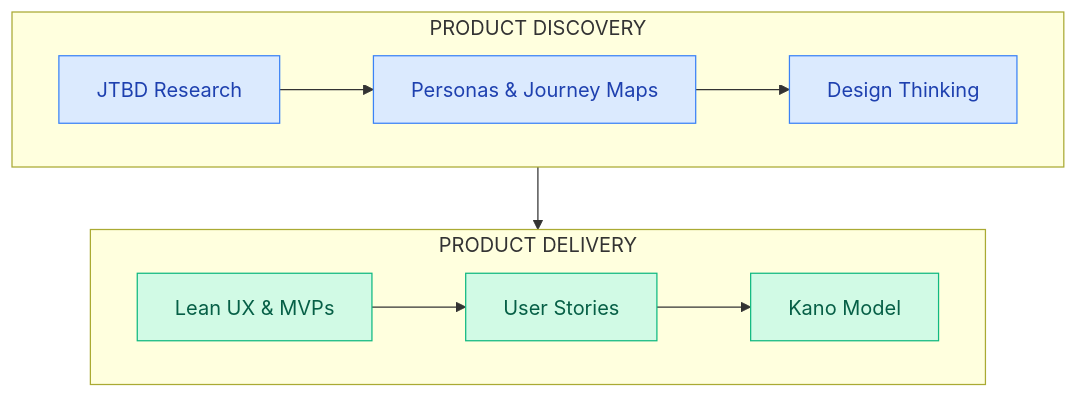
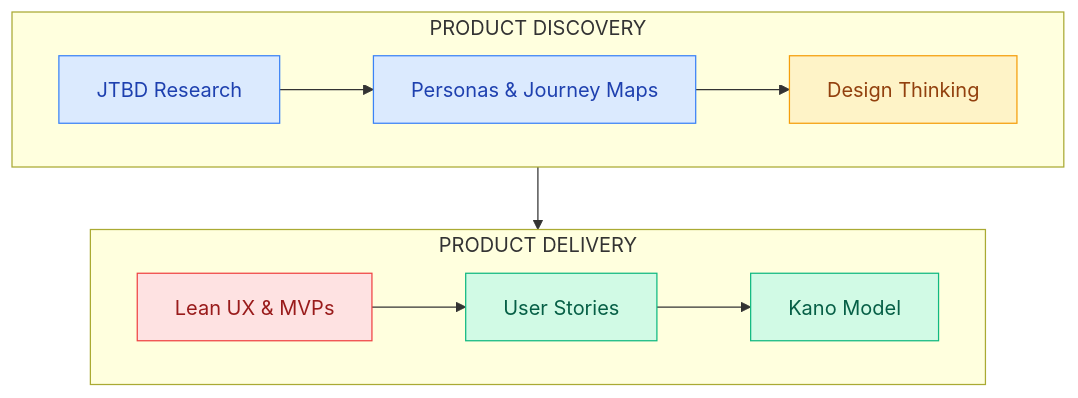
The diagram in docs/product-design/README.md (smileynet/ui-optimizer), drawn with Mermaid before and after one commit. The commit also changed 2 other files, not shown here.

Commit message:
fix: diagram improvements - semantic colors and D2 inline styles
- Product-design: apply correct semantic colors per node type
  (research=blue, design=amber, validate=red, complete=green)
- Style-guide: fix Mermaid syntax error by renaming reserved 'error' class
  and avoiding problematic single-letter node IDs
- D2 diagrams: convert class-based styling to inline styles
  (D2 v0.7.1 classes don't work with mkdocs-d2-plugin)
- Update style-guide docs to recommend inline styles for D2

````diff
--- a/docs/product-design/README.md
+++ b/docs/product-design/README.md
@@ -32,26 +32,30 @@
 ```mermaid
 flowchart TB
-    classDef discovery fill:#DBEAFE,stroke:#3B82F6,color:#1E40AF
-    classDef delivery fill:#D1FAE5,stroke:#10B981,color:#065F46
+    classDef research fill:#DBEAFE,stroke:#3B82F6,color:#1E40AF
+    classDef design fill:#FEF3C7,stroke:#F59E0B,color:#92400E
+    classDef validate fill:#FEE2E2,stroke:#EF4444,color:#991B1B
+    classDef complete fill:#D1FAE5,stroke:#10B981,color:#065F46
     
     subgraph Discovery["PRODUCT DISCOVERY"]
         direction LR
         JTBD[JTBD Research]
         Personas[Personas & Journey Maps]
         DT[Design Thinking]
         JTBD --> Personas --> DT
     end
     
     subgraph Delivery["PRODUCT DELIVERY"]
         direction LR
         Lean[Lean UX & MVPs]
         Stories[User Stories]
         Kano[Kano Model]
         Lean --> Stories --> Kano
     end
     
     DT --> Lean
     
-    class JTBD,Personas,DT discovery
-    class Lean,Stories,Kano delivery
+    class JTBD,Personas research
+    class DT design
+    class Lean validate
+    class Stories,Kano complete
 ```
````
